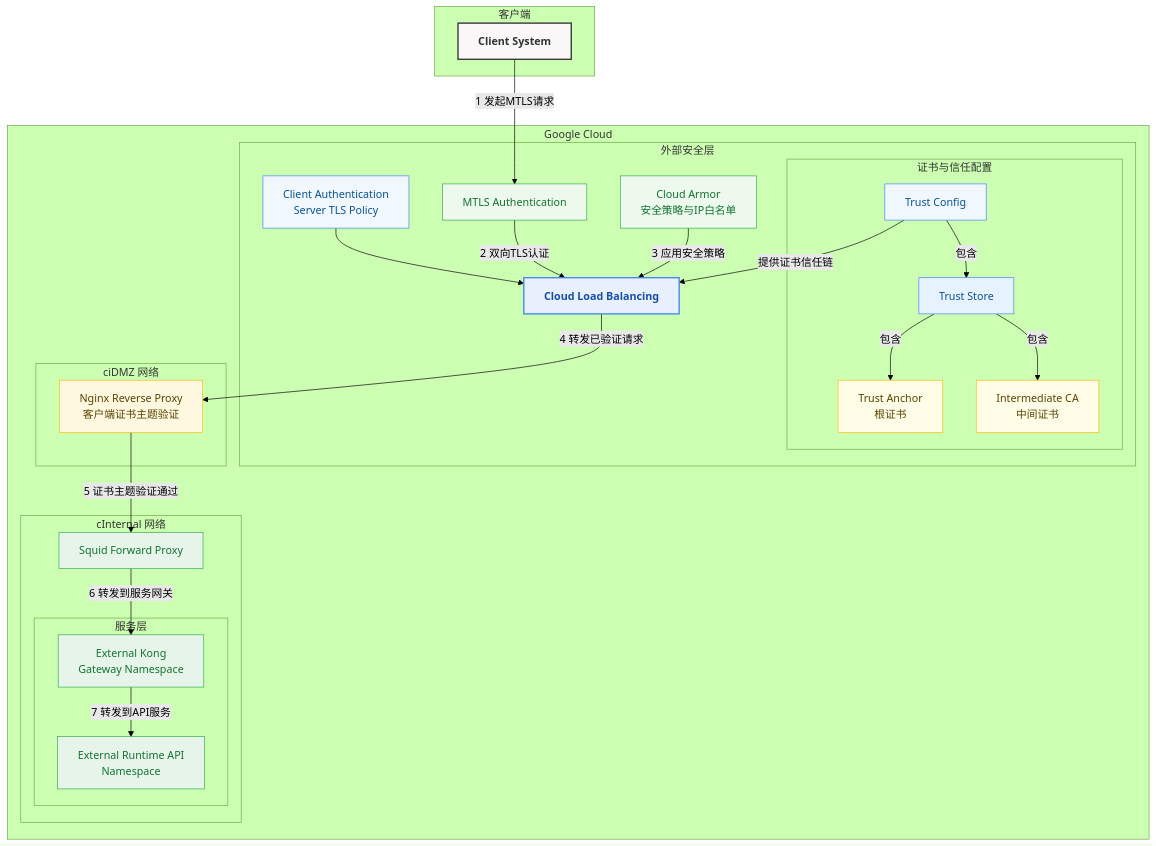
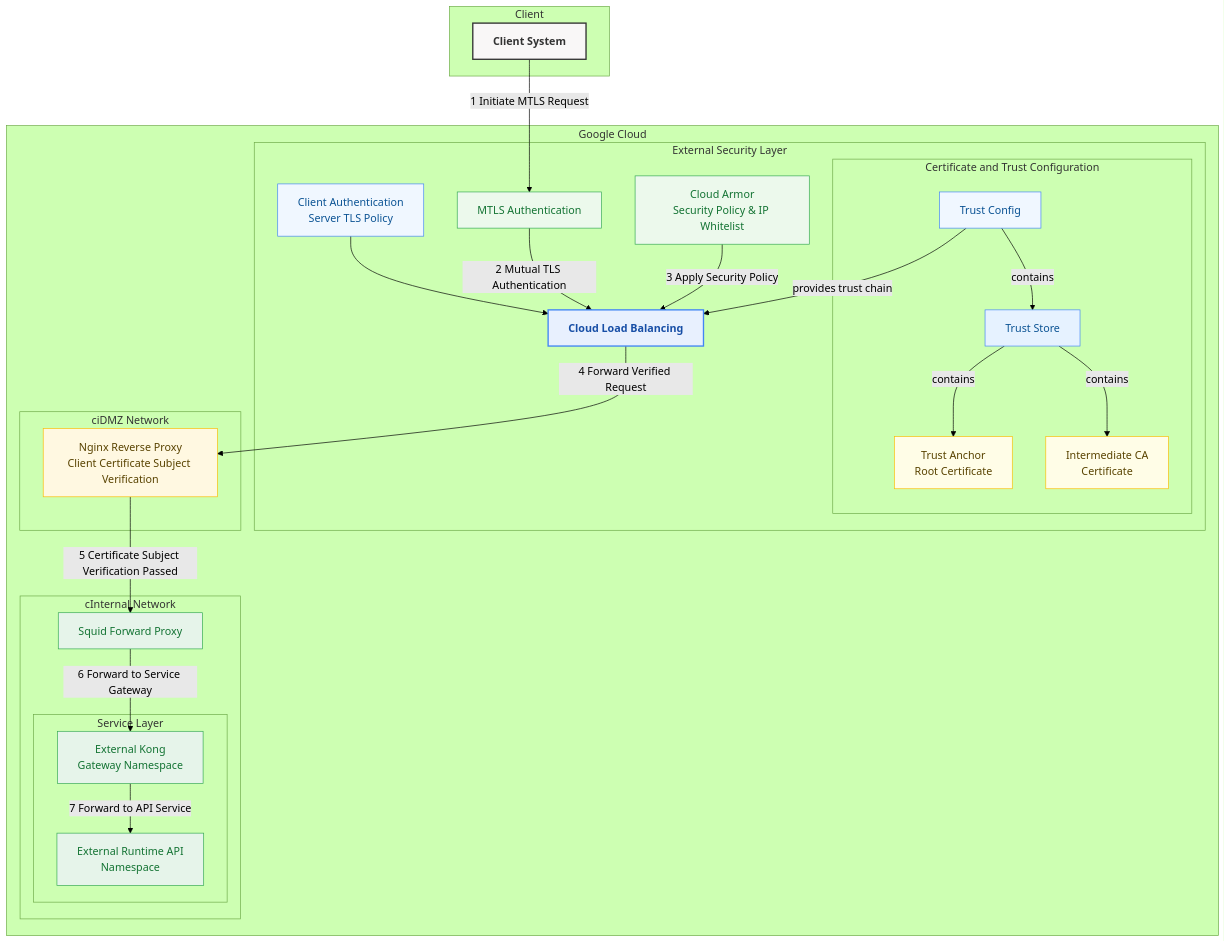
Before and after one commit to aibangjuxin/knowledge: diagram 13 of 19 in gcp/mtls/mtls-verify.md, drawn with Mermaid (forest theme). The commit also changed other lines of this file, not shown here.

Commit message:
This is for my macOS git push or pull at Sun Mar 23 10:23:14 CST 2025. Last changed file: gcp/mtls/mtls-verify.md

````diff
--- a/gcp/mtls/mtls-verify.md
+++ b/gcp/mtls/mtls-verify.md
@@ -475,67 +781,67 @@
 ```mermaid
 flowchart TD
     classDef clientStyle fill:#f9f7f7,stroke:#333,stroke-width:2px,color:#333,font-weight:bold
     classDef trustConfigStyle fill:#f0f7ff,stroke:#4285f4,stroke-width:1px,color:#0b5394
     classDef trustStoreStyle fill:#e6f2ff,stroke:#4285f4,stroke-width:1px,color:#0b5394
     classDef certStyle fill:#fffde7,stroke:#fbbc04,stroke-width:1px,color:#594300
     classDef securityStyle fill:#ecf9ec,stroke:#34a853,stroke-width:1px,color:#137333
     classDef loadBalancerStyle fill:#e8f0fe,stroke:#4285f4,stroke-width:2px,color:#174ea6,font-weight:bold
     classDef dmzStyle fill:#fff8e1,stroke:#fbbc04,stroke-width:1px,color:#594300
     classDef internalStyle fill:#e6f4ea,stroke:#34a853,stroke-width:1px,color:#137333
     classDef serviceStyle fill:#f1f3f4,stroke:#5f6368,stroke-width:1px,color:#202124
     
-    subgraph "客户端"
+    subgraph "Client"
         client[Client System]
     end
     
     subgraph "Google Cloud"
-        subgraph "外部安全层"
-            subgraph "证书与信任配置"
+        subgraph "External Security Layer"
+            subgraph "Certificate and Trust Configuration"
                 ca[Trust Config]
-                ca --> |包含| ts[Trust Store]
-                ts --> |包含| tc[Trust Anchor<br>根证书]
-                ts --> |包含| ic[Intermediate CA<br>中间证书]
+                ca --> |contains| ts[Trust Store]
+                ts --> |contains| tc[Trust Anchor<br>Root Certificate]
+                ts --> |contains| ic[Intermediate CA<br>Certificate]
             end
             
             mtls[MTLS Authentication] 
-            armor[Cloud Armor<br>安全策略与IP白名单]
+            armor[Cloud Armor<br>Security Policy & IP Whitelist]
             lb[Cloud Load Balancing]
             
-            ca --> |提供证书信任链| lb
+            ca --> |provides trust chain| lb
             client_auth[Client Authentication<br>Server TLS Policy]
             client_auth --> lb
         end
         
-        subgraph "ciDMZ 网络"
-            nginx[Nginx Reverse Proxy<br>客户端证书主题验证]
+        subgraph "ciDMZ Network"
+            nginx[Nginx Reverse Proxy<br>Client Certificate Subject Verification]
         end
         
-        subgraph "cInternal 网络"
+        subgraph "cInternal Network"
             squid[Squid Forward Proxy]
             
-            subgraph "服务层"
+            subgraph "Service Layer"
                 kong[External Kong<br>Gateway Namespace]
                 api[External Runtime API<br>Namespace]
             end
         end
     end
     
-    client --> |1 发起MTLS请求| mtls
-    mtls --> |2 双向TLS认证| lb
-    armor --> |3 应用安全策略| lb
-    lb --> |4 转发已验证请求| nginx
-    nginx --> |5 证书主题验证通过| squid
-    squid --> |6 转发到服务网关| kong
-    kong --> |7 转发到API服务| api
+    client --> |1 Initiate MTLS Request| mtls
+    mtls --> |2 Mutual TLS Authentication| lb
+    armor --> |3 Apply Security Policy| lb
+    lb --> |4 Forward Verified Request| nginx
+    nginx --> |5 Certificate Subject Verification Passed| squid
+    squid --> |6 Forward to Service Gateway| kong
+    kong --> |7 Forward to API Service| api
     
-    %% 应用样式
+    %% Apply styles
     class client clientStyle
     class ca,client_auth trustConfigStyle
     class ts trustStoreStyle
     class tc,ic certStyle
     class armor,mtls securityStyle
     class lb loadBalancerStyle
     class nginx dmzStyle
     class squid,kong,api internalStyle
 
 ```
````
